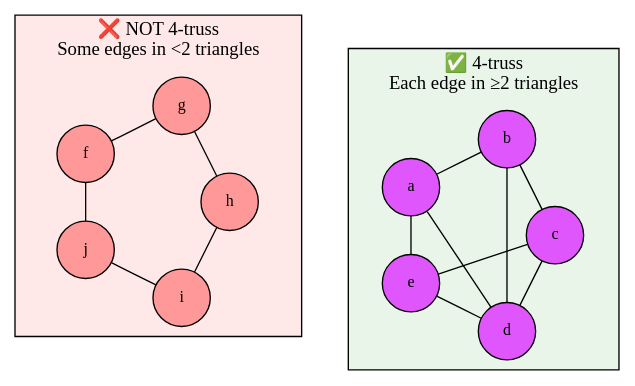
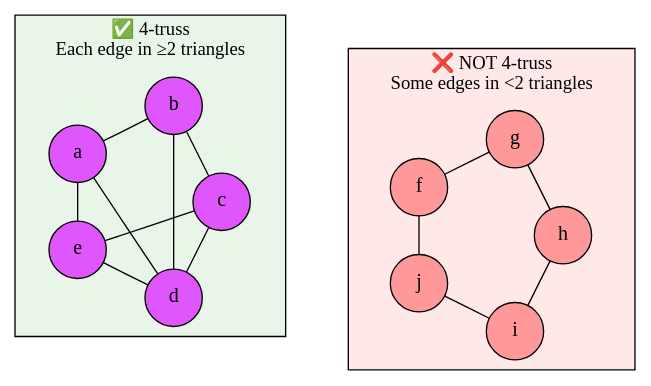
The fourth of 4 diagrams in docs/lecture-note/m05-clustering/01-concepts.qmd (skojaku/adv-net-sci), drawn with Graphviz before and after one commit. The commit also changed other lines of this file and 90 other files, not shown here.

````diff
--- a/docs/lecture-note/m05-clustering/01-concepts.qmd
+++ b/docs/lecture-note/m05-clustering/01-concepts.qmd
@@ -232,49 +235,49 @@
 ```{dot}
 //| fig-width: 6
 //| fig-height: 3
 //| fig-align: center
 
 graph G {
     layout=fdp;
-    node [shape=circle, style=filled, fontsize=12, width=0.6];
+    node [shape=circle, style=filled, fontsize=15, width=0.6];
     edge [len=1.5];
 
     // k-truss: qualifies (each edge in ≥k-2=2 triangles)
     subgraph cluster_truss {
         label="✅ 4-truss\nEach edge in ≥2 triangles";
         style=filled;
         fillcolor="#e8f5e8";
 
         a [pos="0.5,2.5!", fillcolor="#e056fd"];
         b [pos="1.5,3!", fillcolor="#e056fd"];
         c [pos="2,2!", fillcolor="#e056fd"];
         d [pos="1.5,1!", fillcolor="#e056fd"];
         e [pos="0.5,1.5!", fillcolor="#e056fd"];
 
         a -- b; a -- d; a -- e;
         b -- c; b -- d;
         c -- d; c -- e;
         d -- e;
         // Every edge participates in at least 2 triangles
     }
 
     // Not k-truss: fails (some edges in <k-2 triangles)
     subgraph cluster_not_truss {
         label="❌ NOT 4-truss\nSome edges in <2 triangles";
         style=filled;
         fillcolor="#ffe8e8";
 
         f [pos="5.5,2.5!", fillcolor="#ff9999"];
         g [pos="6.5,3!", fillcolor="#ff9999"];
         h [pos="7,2!", fillcolor="#ff9999"];
         i [pos="6.5,1!", fillcolor="#ff9999"];
         j [pos="5.5,1.5!", fillcolor="#ff9999"];
 
         f -- g; f -- j;
         g -- h;
         h -- i;
         i -- j;
         // Some edges (like g-h) participate in <2 triangles
     }
 }
 ```
````
